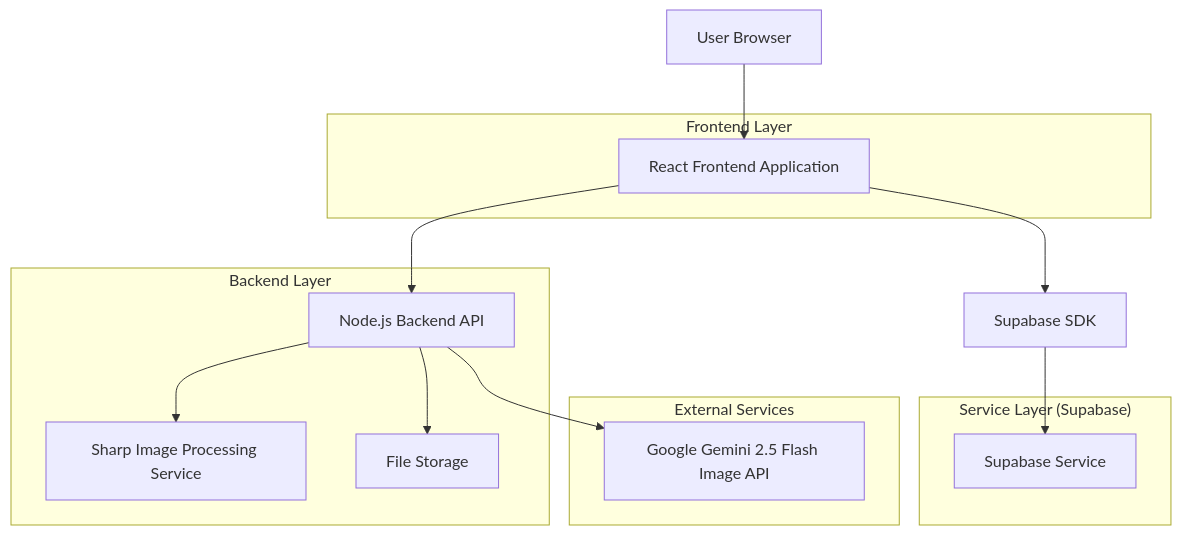
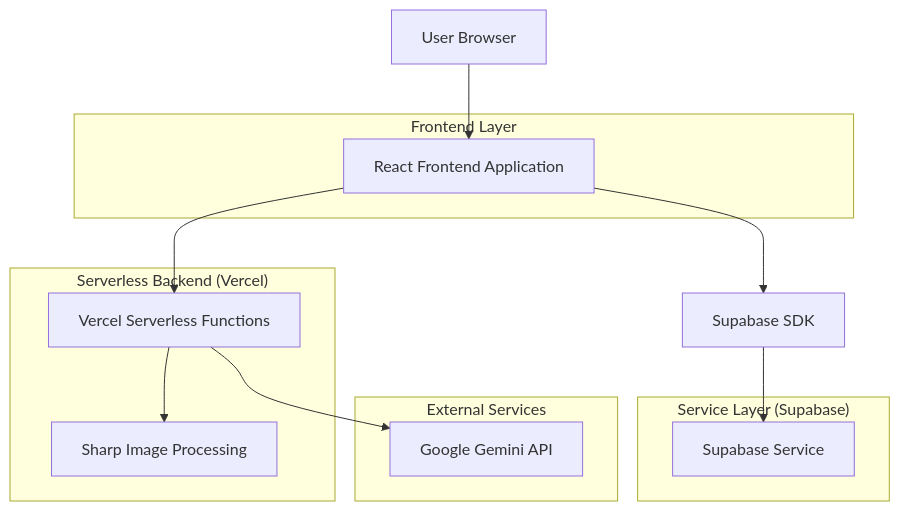
One commit to ambershen/trae-solo-nano-banana-demo changed the first of 4 diagrams in .trae/documents/technical_architecture.md. Above: the diagram before and after it, drawn with Mermaid. The commit also changed other lines of this file and 40 other files, not shown here.

First line of the commit message:
refactor(api): migrate to serverless architecture and update image generation

````diff
--- a/.trae/documents/technical_architecture.md
+++ b/.trae/documents/technical_architecture.md
@@ -5,28 +5,26 @@
 ```mermaid
 graph TD
   A[User Browser] --> B[React Frontend Application]
-  B --> C[Supabase SDK]
-  B --> D[Node.js Backend API]
-  C --> E[Supabase Service]
-  D --> F[Google Gemini 2.5 Flash Image API]
-  D --> G[Sharp Image Processing Service]
-  D --> H[File Storage]
+  B --> C[Vercel Serverless Functions]
+  B --> D[Supabase SDK]
+  C --> E[Google Gemini API]
+  C --> F[Sharp Image Processing]
+  D --> G[Supabase Service]
 
   subgraph "Frontend Layer"
     B
   end
 
-  subgraph "Backend Layer"
-    D
-    G
-    H
+  subgraph "Serverless Backend (Vercel)"
+    C
+    F
   end
 
   subgraph "Service Layer (Supabase)"
-    E
+    G
   end
 
   subgraph "External Services"
-    F
+    E
   end
 ```
````
